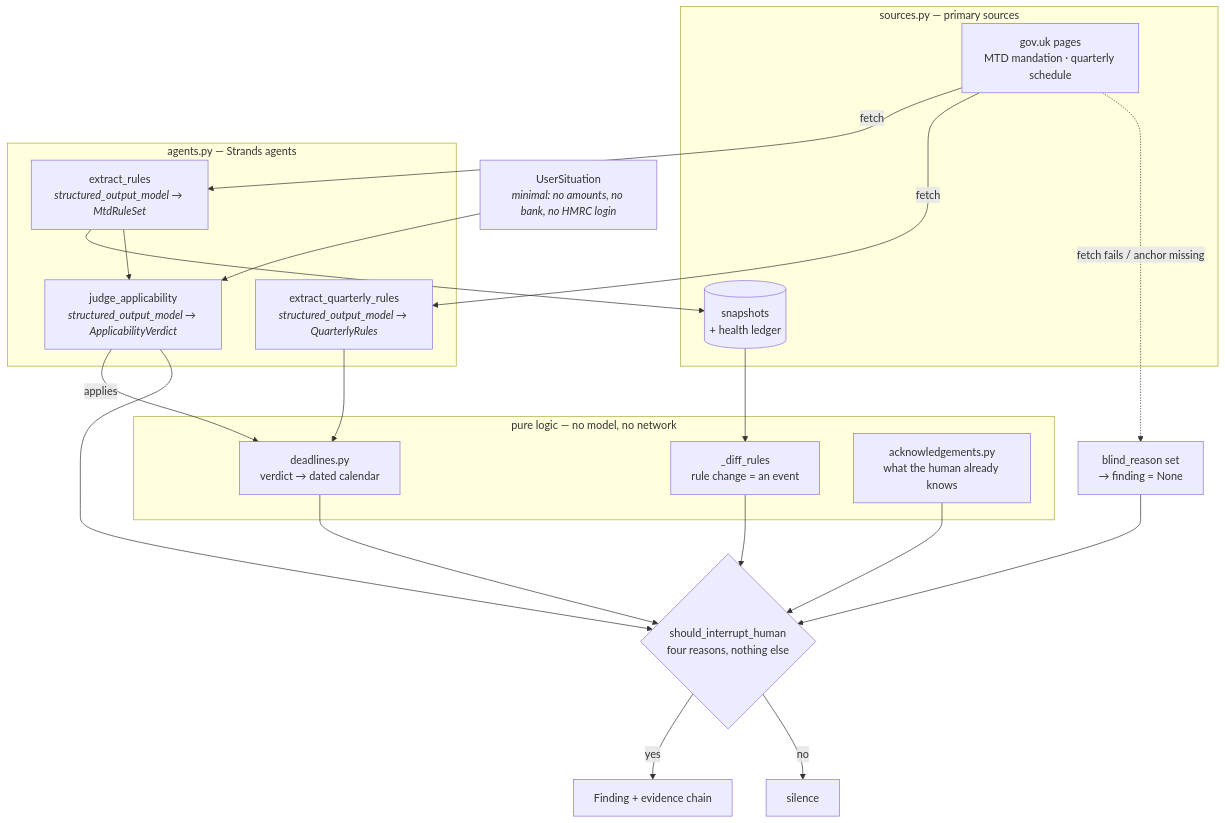
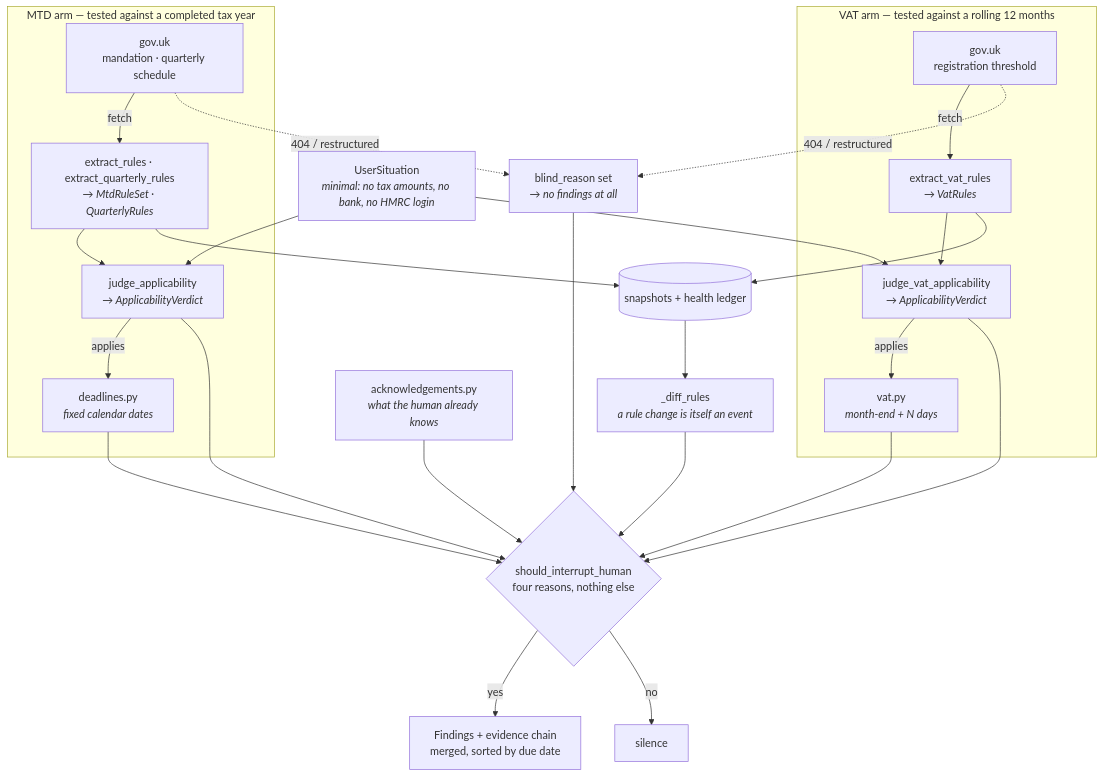
Before and after one commit to suzyeth/due-diligence: the diagram in README.md, drawn with Mermaid. The commit also changed other lines of this file and 9 other files, not shown here.

````diff
--- a/README.md
+++ b/README.md
@@ -132,41 +155,45 @@
 ```mermaid
 flowchart TB
-    subgraph sources["sources.py — primary sources"]
-        GOV["gov.uk pages<br/>MTD mandation · quarterly schedule"]
-        SNAP[("snapshots<br/>+ health ledger")]
+    USER["UserSituation<br/><i>minimal: no tax amounts, no bank, no HMRC login</i>"]
+
+    subgraph mtd["MTD arm — tested against a completed tax year"]
+        GOVM["gov.uk<br/>mandation · quarterly schedule"]
+        EXM["extract_rules · extract_quarterly_rules<br/><i>→ MtdRuleSet · QuarterlyRules</i>"]
+        JUM["judge_applicability<br/><i>→ ApplicabilityVerdict</i>"]
+        CALM["deadlines.py<br/><i>fixed calendar dates</i>"]
+        GOVM -->|fetch| EXM --> JUM -->|applies| CALM
     end
 
-    subgraph reason["agents.py — Strands agents"]
-        EX["extract_rules<br/><i>structured_output_model → MtdRuleSet</i>"]
-        EXQ["extract_quarterly_rules<br/><i>structured_output_model → QuarterlyRules</i>"]
-        JU["judge_applicability<br/><i>structured_output_model → ApplicabilityVerdict</i>"]
+    subgraph vat["VAT arm — tested against a rolling 12 months"]
+        GOVV["gov.uk<br/>registration threshold"]
+        EXV["extract_vat_rules<br/><i>→ VatRules</i>"]
+        JUV["judge_vat_applicability<br/><i>→ ApplicabilityVerdict</i>"]
+        CALV["vat.py<br/><i>month-end + N days</i>"]
+        GOVV -->|fetch| EXV --> JUV -->|applies| CALV
     end
 
-    subgraph pure["pure logic — no model, no network"]
-        DIFF["_diff_rules<br/>rule change = an event"]
-        CAL["deadlines.py<br/>verdict → dated calendar"]
-        ACK["acknowledgements.py<br/>what the human already knows"]
-    end
-
-    USER["UserSituation<br/><i>minimal: no amounts, no bank, no HMRC login</i>"]
+    SNAP[("snapshots + health ledger")]
+    DIFF["_diff_rules<br/><i>a rule change is itself an event</i>"]
+    ACK["acknowledgements.py<br/><i>what the human already knows</i>"]
+    BLIND["blind_reason set<br/><i>→ no findings at all</i>"]
     GATE{"should_interrupt_human<br/>four reasons, nothing else"}
-    OUT["Finding + evidence chain"]
+    OUT["Findings + evidence chain<br/>merged, sorted by due date"]
     SILENT["silence"]
 
-    GOV -->|fetch| EX
-    GOV -->|fetch| EXQ
-    GOV -.->|"fetch fails / anchor missing"| BLIND["blind_reason set<br/>→ finding = None"]
-    EX --> SNAP
+    USER --> JUM
+    USER --> JUV
+    EXM --> SNAP
+    EXV --> SNAP
     SNAP --> DIFF
-    EX --> JU
-    USER --> JU
-    JU -->|applies| CAL
-    EXQ --> CAL
+    GOVM -.->|"404 / restructured"| BLIND
+    GOVV -.->|"404 / restructured"| BLIND
+    CALM --> GATE
+    CALV --> GATE
+    JUM --> GATE
+    JUV --> GATE
     DIFF --> GATE
-    CAL --> GATE
     ACK --> GATE
-    JU --> GATE
     BLIND --> GATE
     GATE -->|yes| OUT
     GATE -->|no| SILENT
 ```
````
